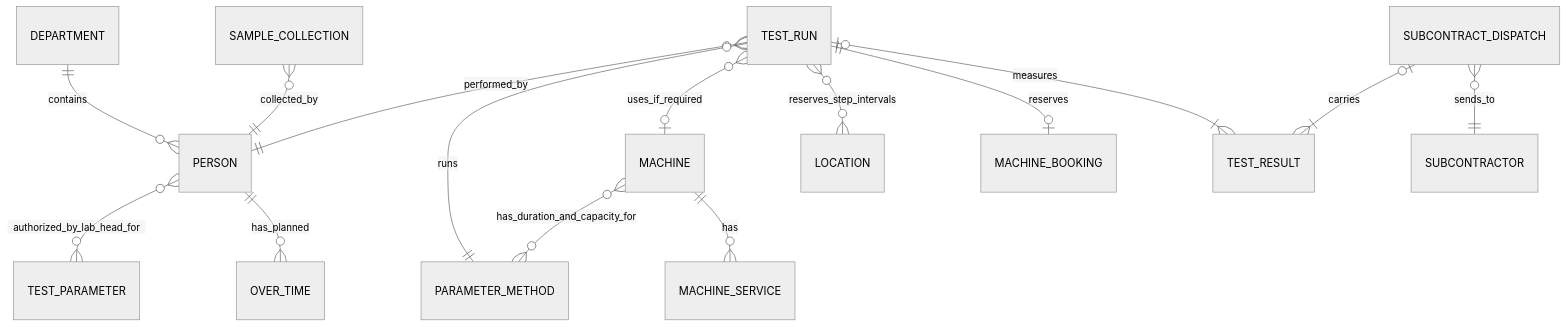
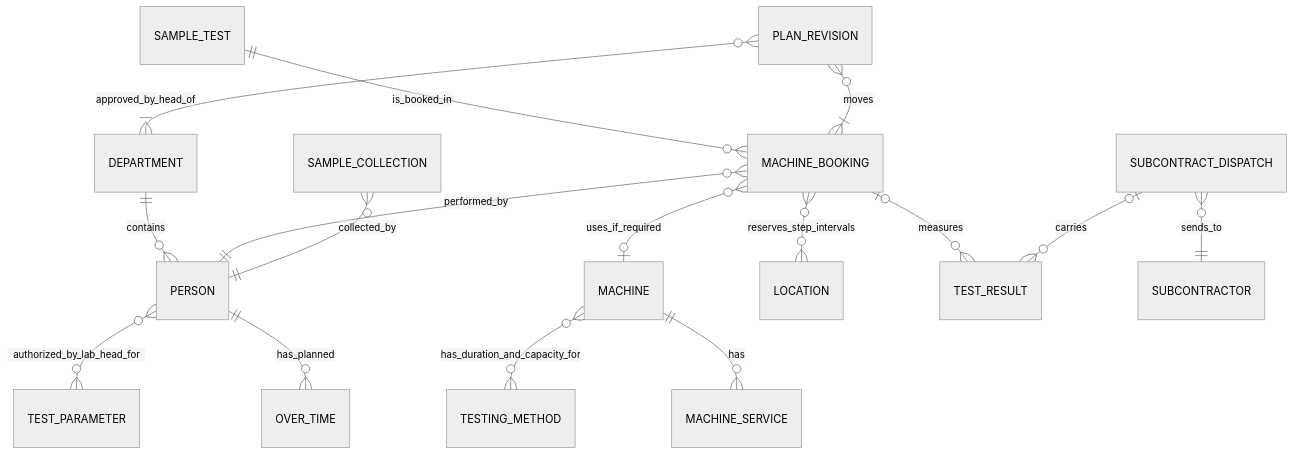
Before and after one commit to SoltuneMontepre/medilab: the second of 3 diagrams in docs/functional/conceptual-model.md, drawn with Mermaid (neutral theme). The commit also changed other lines of this file and 27 other files, not shown here.

````diff
--- a/docs/functional/conceptual-model.md
+++ b/docs/functional/conceptual-model.md
@@ -57,17 +59,18 @@
 ```mermaid
 erDiagram
     DEPARTMENT ||--o{ PERSON : contains
     PERSON }o--o{ TEST_PARAMETER : authorized_by_lab_head_for
-    TEST_RUN }o--|| PERSON : performed_by
-    TEST_RUN }o--|| PARAMETER_METHOD : runs
-    TEST_RUN }o--o| MACHINE : uses_if_required
-    MACHINE }o--o{ PARAMETER_METHOD : has_duration_and_capacity_for
-    TEST_RUN }o--o{ LOCATION : reserves_step_intervals
-    TEST_RUN ||--o| MACHINE_BOOKING : reserves
-    TEST_RUN o|--|{ TEST_RESULT : measures
-    SUBCONTRACT_DISPATCH o|--|{ TEST_RESULT : carries
+    SAMPLE_TEST ||--o{ MACHINE_BOOKING : is_booked_in
+    MACHINE_BOOKING }o--|| PERSON : performed_by
+    MACHINE_BOOKING }o--o| MACHINE : uses_if_required
+    MACHINE }o--o{ TESTING_METHOD : has_duration_and_capacity_for
+    MACHINE_BOOKING }o--o{ LOCATION : reserves_step_intervals
+    MACHINE_BOOKING o|--o{ TEST_RESULT : measures
+    PLAN_REVISION }o--|{ MACHINE_BOOKING : moves
+    PLAN_REVISION }o--|{ DEPARTMENT : approved_by_head_of
+    SUBCONTRACT_DISPATCH o|--o{ TEST_RESULT : carries
     SUBCONTRACT_DISPATCH }o--|| SUBCONTRACTOR : sends_to
     MACHINE ||--o{ MACHINE_SERVICE : has
     PERSON ||--o{ OVER_TIME : has_planned
     SAMPLE_COLLECTION }o--|| PERSON : collected_by
 ```
````
